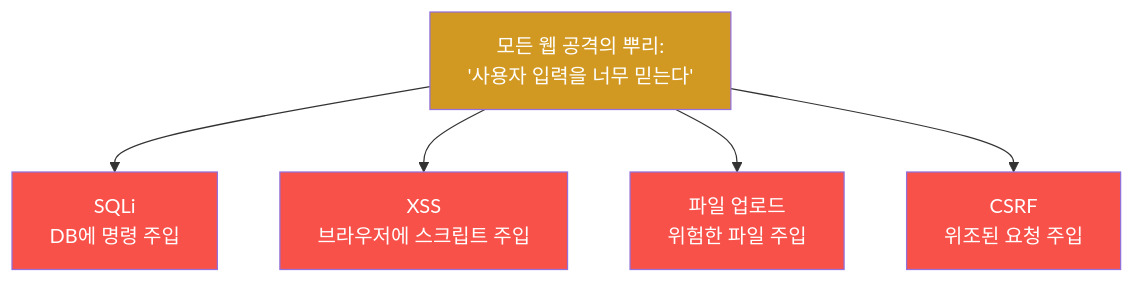
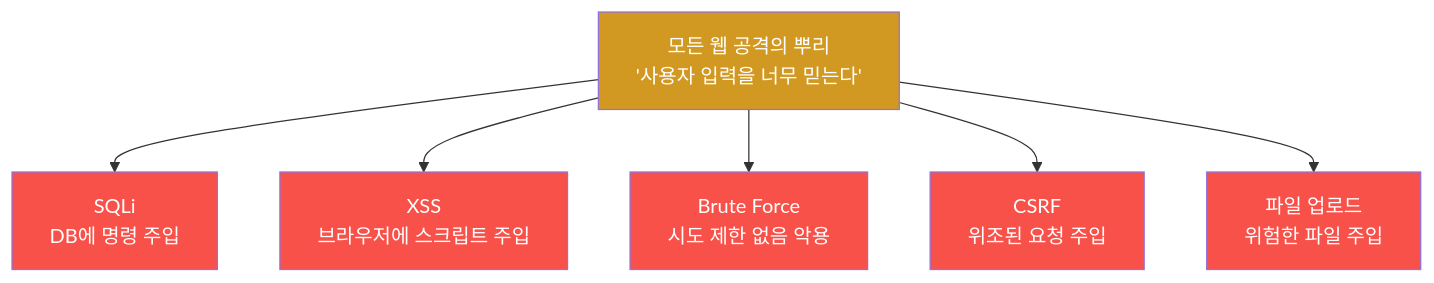
The fifth of 9 diagrams in contents/training/lecture_week03.md (mrgrit/easy_web_hacking_class), drawn with Mermaid before and after one commit. The commit also changed other lines of this file and 23 other files, not shown here.

````diff
--- a/contents/training/lecture_week03.md
+++ b/contents/training/lecture_week03.md
@@ -132,12 +400,15 @@
 ```mermaid
 graph TD
-    R["모든 웹 공격의 뿌리:<br/>'사용자 입력을 너무 믿는다'"] --> S["SQLi<br/>DB에 명령 주입"]
+    R["모든 웹 공격의 뿌리<br/>'사용자 입력을 너무 믿는다'"]
+    R --> S["SQLi<br/>DB에 명령 주입"]
     R --> X["XSS<br/>브라우저에 스크립트 주입"]
+    R --> A["Brute Force<br/>시도 제한 없음 악용"]
+    R --> C["CSRF<br/>위조된 요청 주입"]
     R --> U["파일 업로드<br/>위험한 파일 주입"]
-    R --> C["CSRF<br/>위조된 요청 주입"]
     style R fill:#d29922,color:#fff
     style S fill:#f85149,color:#fff
     style X fill:#f85149,color:#fff
+    style A fill:#f85149,color:#fff
+    style C fill:#f85149,color:#fff
     style U fill:#f85149,color:#fff
-    style C fill:#f85149,color:#fff
 ```
````
